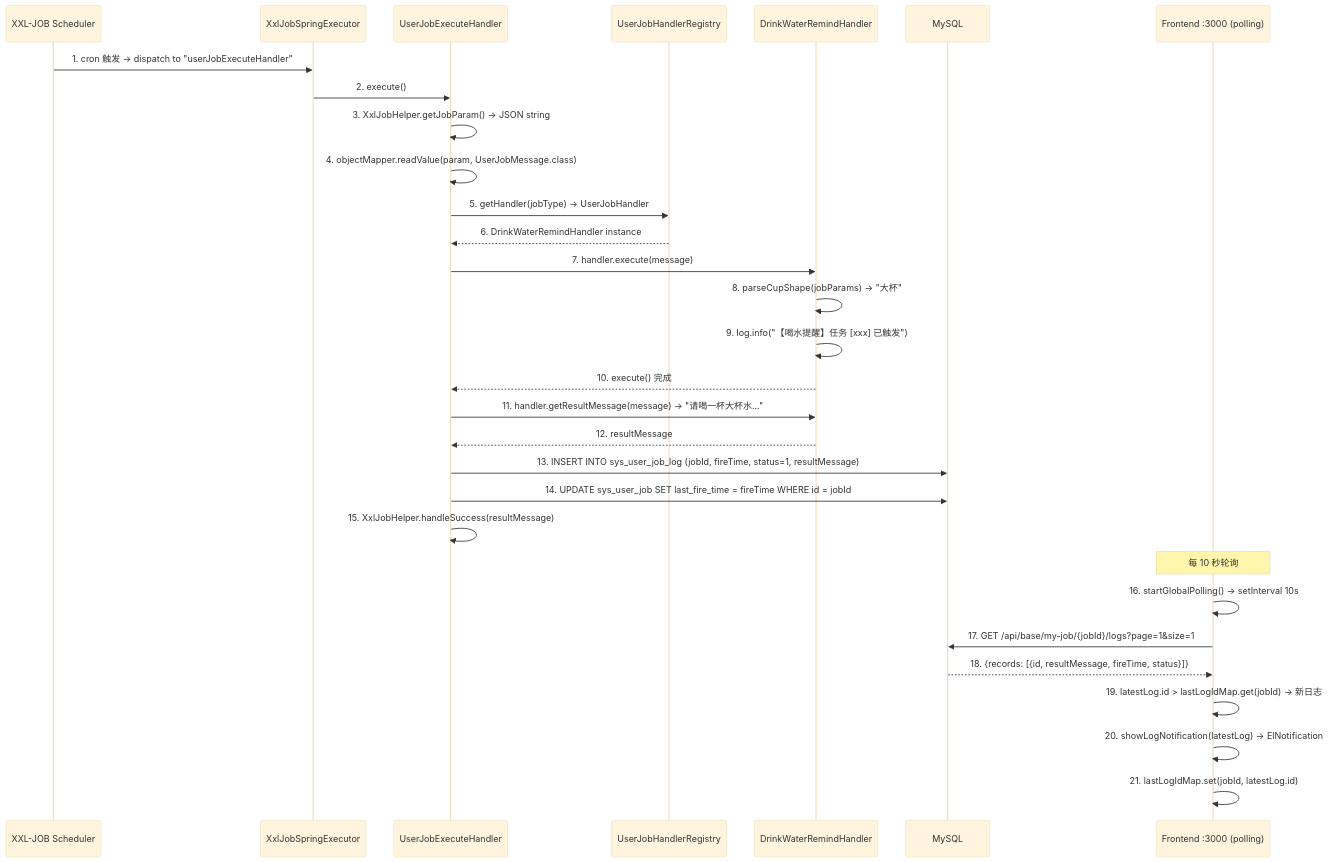
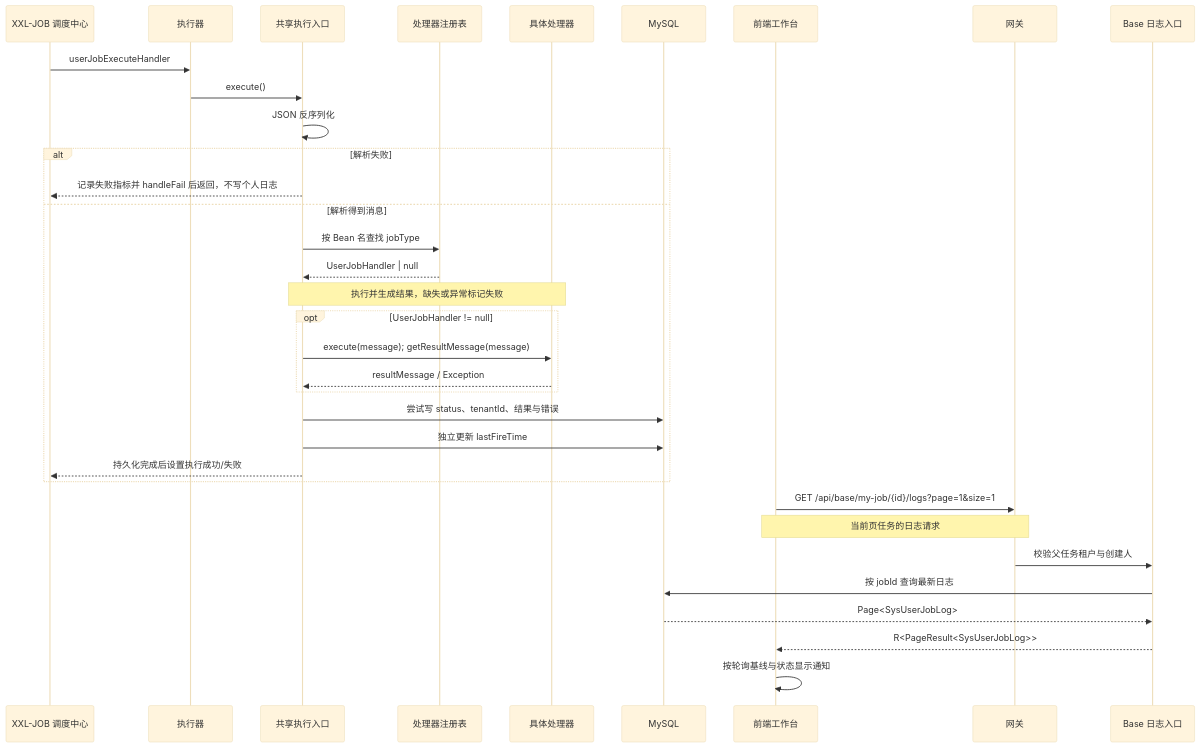
Diagram 13 of 21 in docs/core-flows.md (wang-baohai/Omni-Stack), drawn with Mermaid (base theme) before and after one commit. The commit also changed other lines of this file and 1095 other files, not shown here.

````diff
--- a/docs/core-flows.md
+++ b/docs/core-flows.md
@@ -1404,34 +1122,36 @@
 ```mermaid
 sequenceDiagram
-    participant XA as XXL-JOB Scheduler
-    participant XE as XxlJobSpringExecutor
-    participant H as UserJobExecuteHandler
-    participant R as UserJobHandlerRegistry
-    participant DH as DrinkWaterRemindHandler
-    participant M as MySQL
-    participant F as Frontend :3000 (polling)
-
-    XA->>XE: 1. cron 触发 → dispatch to "userJobExecuteHandler"
-    XE->>H: 2. execute()
-    H->>H: 3. XxlJobHelper.getJobParam() → JSON string
-    H->>H: 4. objectMapper.readValue(param, UserJobMessage.class)
-    H->>R: 5. getHandler(jobType) → UserJobHandler
-    R-->>H: 6. DrinkWaterRemindHandler instance
-    H->>DH: 7. handler.execute(message)
-    DH->>DH: 8. parseCupShape(jobParams) → "大杯"
-    DH->>DH: 9. log.info("【喝水提醒】任务 [xxx] 已触发")
-    DH-->>H: 10. execute() 完成
-    H->>DH: 11. handler.getResultMessage(message) → "请喝一杯大杯水..."
-    DH-->>H: 12. resultMessage
-    H->>M: 13. INSERT INTO sys_user_job_log (jobId, fireTime, status=1, resultMessage)
-    H->>M: 14. UPDATE sys_user_job SET last_fire_time = fireTime WHERE id = jobId
-    H->>H: 15. XxlJobHelper.handleSuccess(resultMessage)
-
-    Note over F: 每 10 秒轮询
-    F->>F: 16. startGlobalPolling() → setInterval 10s
-    F->>M: 17. GET /api/base/my-job/{jobId}/logs?page=1&size=1
-    M-->>F: 18. {records: [{id, resultMessage, fireTime, status}]}
-    F->>F: 19. latestLog.id > lastLogIdMap.get(jobId) → 新日志
-    F->>F: 20. showLogNotification(latestLog) → ElNotification
-    F->>F: 21. lastLogIdMap.set(jobId, latestLog.id)
+    participant A as XXL-JOB 调度中心
+    participant E as 执行器
+    participant H as 共享执行入口
+    participant R as 处理器注册表
+    participant T as 具体处理器
+    participant D as MySQL
+    participant F as 前端工作台
+    participant G as 网关
+    participant B as Base 日志入口
+    A->>E: userJobExecuteHandler
+    E->>H: execute()
+    H->>H: JSON 反序列化
+    alt 解析失败
+        H-->>A: 记录失败指标并 handleFail 后返回，不写个人日志
+    else 解析得到消息
+        H->>R: 按 Bean 名查找 jobType
+        R-->>H: UserJobHandler | null
+        Note over H,T: 执行并生成结果，缺失或异常标记失败
+        opt UserJobHandler != null
+            H->>T: execute(message)#59; getResultMessage(message)
+            T-->>H: resultMessage / Exception
+        end
+        H->>D: 尝试写 status、tenantId、结果与错误
+        H->>D: 独立更新 lastFireTime
+        H-->>A: 持久化完成后设置执行成功/失败
+    end
+    F->>G: GET /api/base/my-job/{id}/logs?page=1&size=1
+    Note over F,G: 当前页任务的日志请求
+    G->>B: 校验父任务租户与创建人
+    B->>D: 按 jobId 查询最新日志
+    D-->>B: Page<SysUserJobLog>
+    B-->>F: R<PageResult<SysUserJobLog>>
+    F->>F: 按轮询基线与状态显示通知
 ```
````
